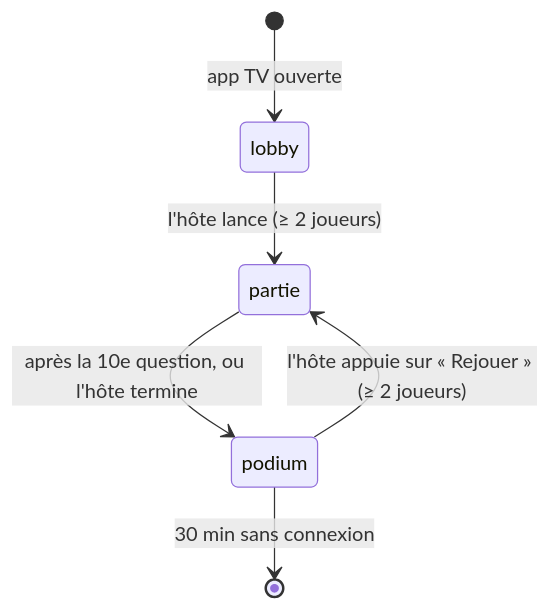
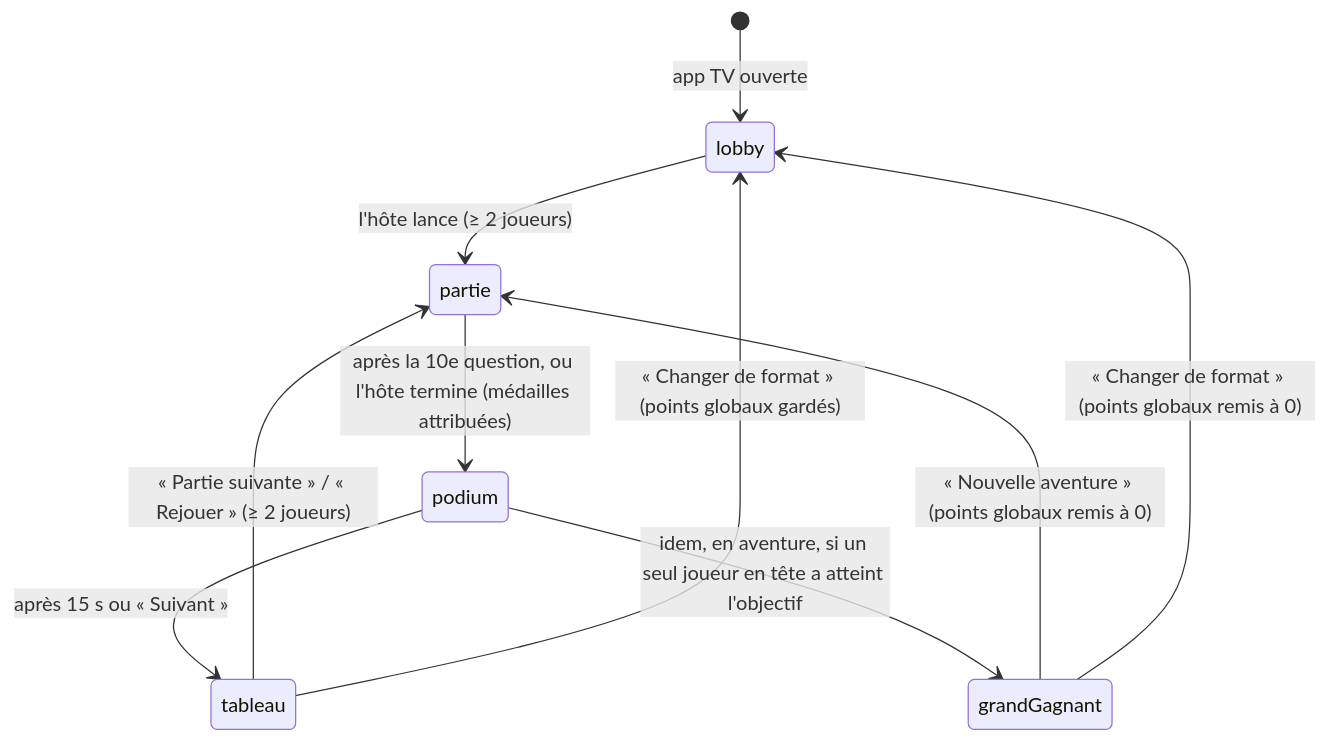
One commit to pdroquemaurel-stack/Quiz-TV-Jeu-de-soir-e changed the first of 2 diagrams in docs/spec.md. Above: the diagram before and after it, drawn with Mermaid. The commit also changed other lines of this file and 26 other files, not shown here.

Commit message:
Tranche 17 : médailles, points globaux et format « Aventure »

````diff
--- a/docs/spec.md
+++ b/docs/spec.md
@@ -15,8 +15,12 @@
 ```mermaid
 stateDiagram-v2
     [*] --> lobby: app TV ouverte
     lobby --> partie: l'hôte lance (≥ 2 joueurs)
-    partie --> podium: après la 10e question, ou l'hôte termine
-    podium --> partie: l'hôte appuie sur « Rejouer » (≥ 2 joueurs)
-    podium --> [*]: 30 min sans connexion
+    partie --> podium: après la 10e question, ou l'hôte termine (médailles attribuées)
+    podium --> tableau: après 15 s ou « Suivant »
+    podium --> grandGagnant: idem, en aventure, si un seul joueur en tête a atteint l'objectif
+    tableau --> partie: « Partie suivante » / « Rejouer » (≥ 2 joueurs)
+    tableau --> lobby: « Changer de format » (points globaux gardés)
+    grandGagnant --> partie: « Nouvelle aventure » (points globaux remis à 0)
+    grandGagnant --> lobby: « Changer de format » (points globaux remis à 0)
 ```
````
